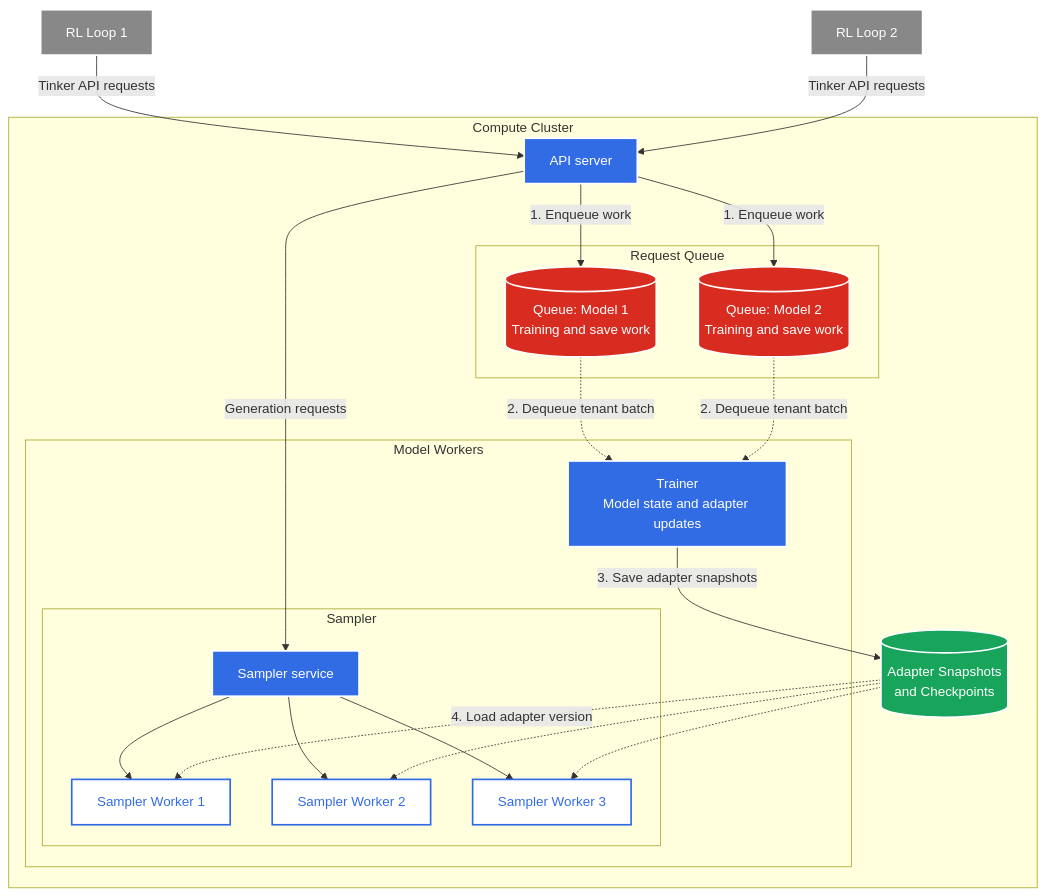
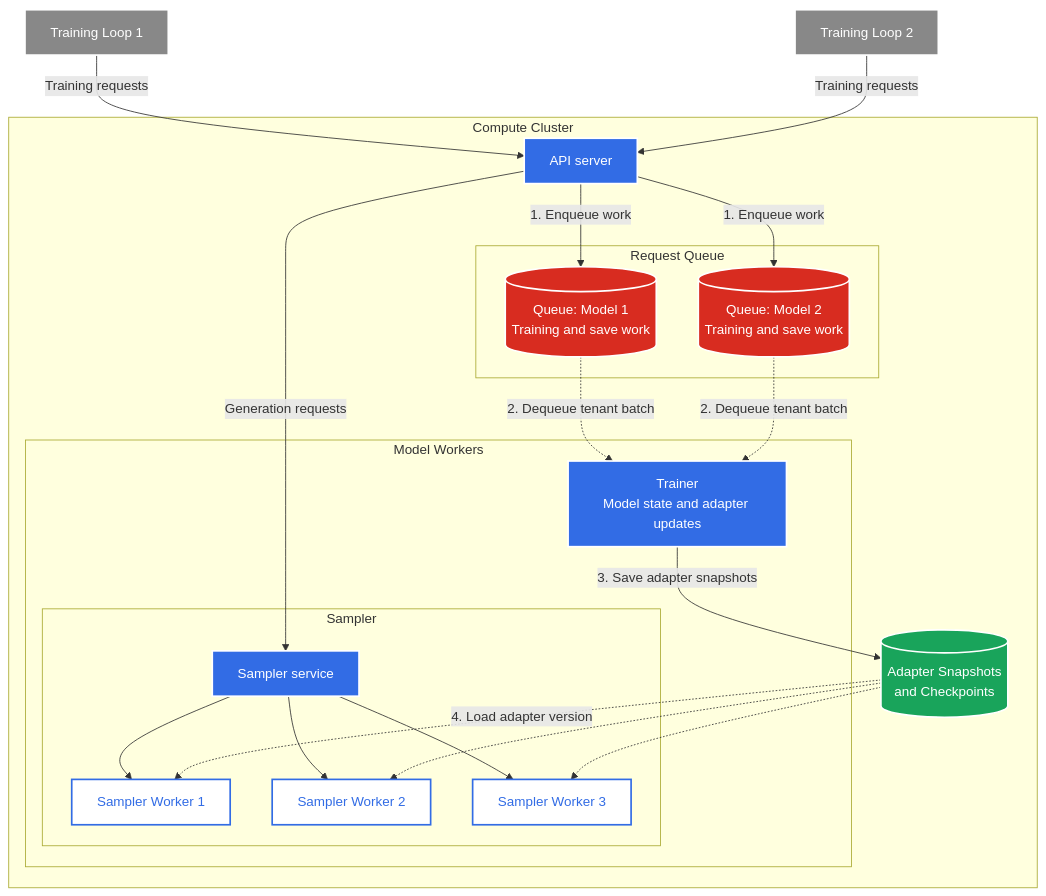
One commit to ShubyM/open-rl changed the diagram in docs/architecture.md. Above: the diagram before and after it, drawn with Mermaid. The commit also changed other lines of this file, not shown here.

````diff
--- a/docs/architecture.md
+++ b/docs/architecture.md
@@ -10,52 +17,52 @@
 ```mermaid
 flowchart TB
     classDef client fill:#888,stroke:#fff,stroke-width:2px,color:#fff;
     classDef gateway fill:#326ce5,stroke:#fff,stroke-width:2px,color:#fff;
     classDef cache fill:#d82c20,stroke:#fff,stroke-width:2px,color:#fff;
     classDef compute_gpu fill:#326ce5,stroke:#fff,stroke-width:2px,color:#fff;
     classDef compute_pod fill:#fff,stroke:#326ce5,stroke-width:2px,color:#326ce5;
     classDef storage fill:#19a45b,stroke:#fff,stroke-width:2px,color:#fff;
 
-    job1["RL Loop 1"]:::client
-    job2["RL Loop 2"]:::client
+    job1["Training Loop 1"]:::client
+    job2["Training Loop 2"]:::client
 
     subgraph Cluster["Compute Cluster"]
         api["API server"]:::gateway
 
         subgraph Queue["Request Queue"]
             queue1[("Queue: Model 1<br/>Training and save work")]:::cache
             queue2[("Queue: Model 2<br/>Training and save work")]:::cache
         end
 
         subgraph Compute["Model Workers"]
             trainer["Trainer<br/>Model state and adapter updates"]:::compute_gpu
 
             subgraph Sampling["Sampler"]
                 sampler_service["Sampler service"]:::gateway
                 sampler_w1["Sampler Worker 1"]:::compute_pod
                 sampler_w2["Sampler Worker 2"]:::compute_pod
                 sampler_w3["Sampler Worker 3"]:::compute_pod
                 sampler_service --> sampler_w1
                 sampler_service --> sampler_w2
                 sampler_service --> sampler_w3
             end
         end
 
         snapshots[("Adapter Snapshots<br/>and Checkpoints")]:::storage
     end
 
-    job1 -- "Tinker API requests" --> api
-    job2 -- "Tinker API requests" --> api
+    job1 -- "Training requests" --> api
+    job2 -- "Training requests" --> api
 
     api -- "1. Enqueue work" --> queue1
     api -- "1. Enqueue work" --> queue2
     api -- "Generation requests" --> sampler_service
 
     queue1 -. "2. Dequeue tenant batch" .-> trainer
     queue2 -. "2. Dequeue tenant batch" .-> trainer
 
     trainer -- "3. Save adapter snapshots" --> snapshots
     snapshots -. "4. Load adapter version" .-> sampler_w1
     snapshots -.-> sampler_w2
     snapshots -.-> sampler_w3
 ```
````
